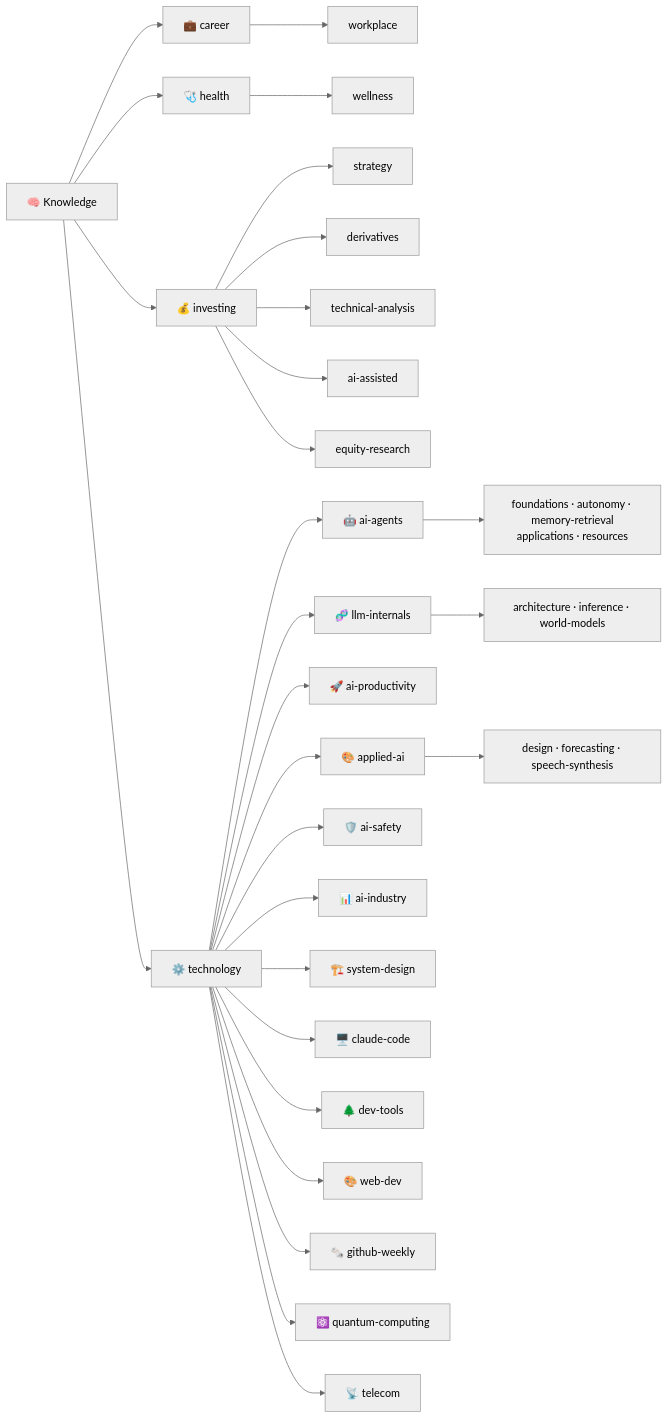
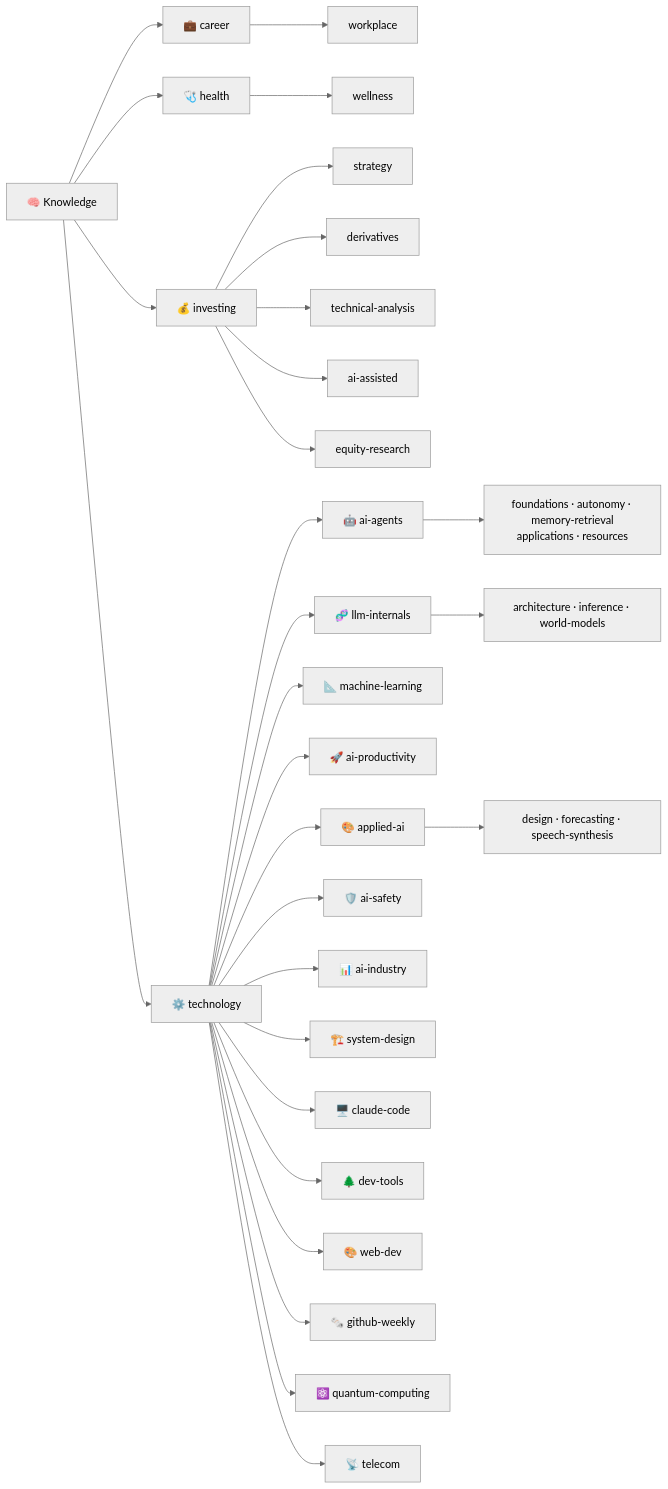
One commit to shooter2062424/Knowledge changed the diagram in README.md. Above: the diagram before and after it, drawn with Mermaid (neutral theme). The commit also changed other lines of this file and 1 other file, not shown here.

First line of the commit message:
[feat] 新增「LimiX 結構化資料基礎模型」論文+程式碼筆記,開 machine-learning 中類

````diff
--- a/README.md
+++ b/README.md
@@ -25,30 +25,31 @@
 ```mermaid
 flowchart LR
     K["🧠 Knowledge"] --> I["💰 investing"]
     K --> T["⚙️ technology"]
     K --> C["💼 career"]
     C --> C1["workplace"]
     K --> H["🩺 health"]
     H --> H1["wellness"]
     I --> I1["strategy"]
     I --> I2["derivatives"]
     I --> I3["technical-analysis"]
     I --> I4["ai-assisted"]
     I --> I5["equity-research"]
     T --> T1["🤖 ai-agents"]
     T --> T2["🧬 llm-internals"]
+    T --> T14["📐 machine-learning"]
     T --> T3["🚀 ai-productivity"]
     T --> T4["🎨 applied-ai"]
     T --> T7["🛡️ ai-safety"]
     T --> T9["📊 ai-industry"]
     T --> T10["🏗️ system-design"]
     T --> T8["🖥️ claude-code"]
     T --> T11["🌲 dev-tools"]
     T --> T13["🎨 web-dev"]
     T --> T12["🗞️ github-weekly"]
     T --> T6["⚛️ quantum-computing"]
     T --> T5["📡 telecom"]
     T1 --> T1a["foundations · autonomy · memory-retrieval<br/>applications · resources"]
     T2 --> T2a["architecture · inference · world-models"]
     T4 --> T4a["design · forecasting · speech-synthesis"]
 ```
````
